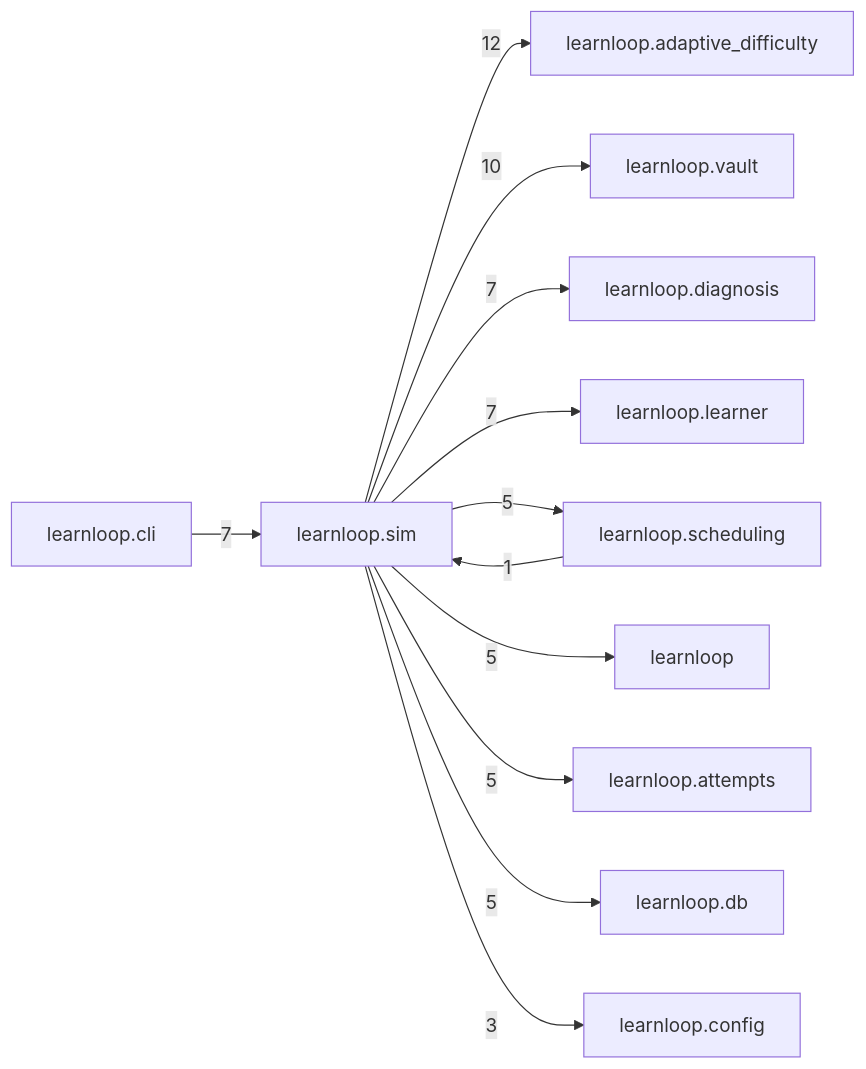
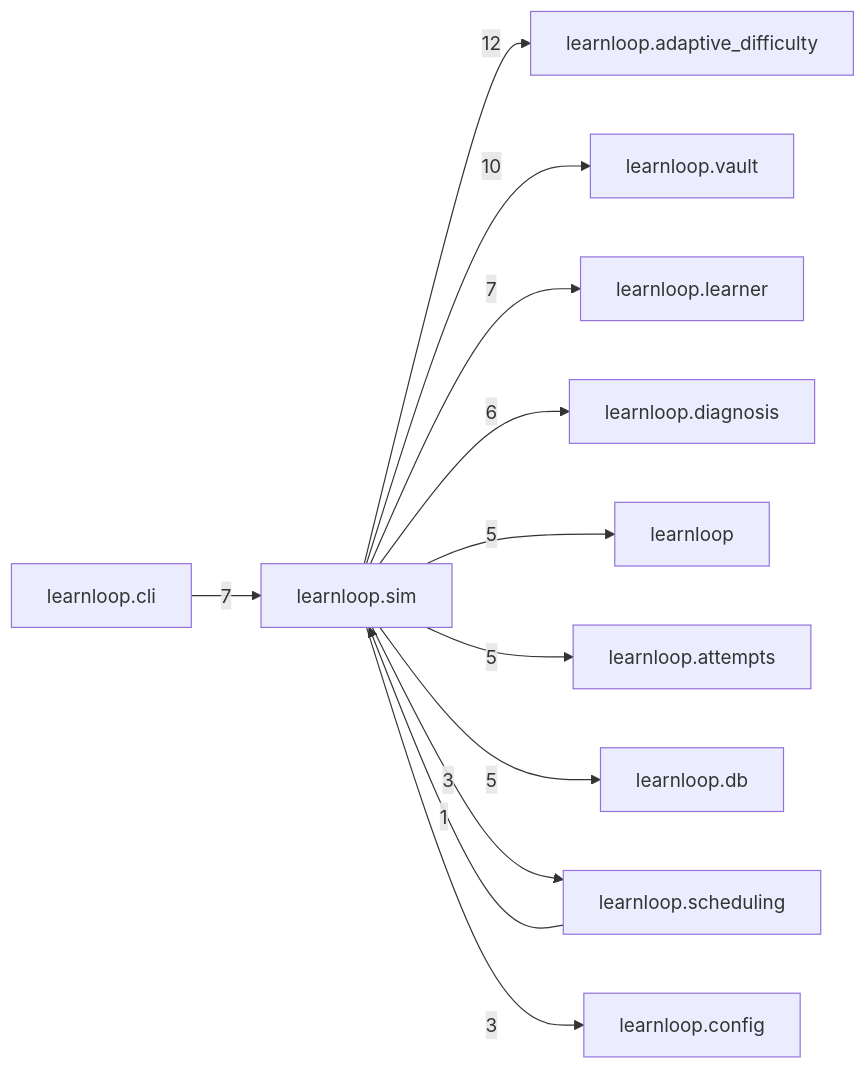
The diagram in docs/learnloop-architecture-vault/Reference/Modules/learnloop/sim/_package.md (6up-b/learnanything), drawn with Mermaid before and after one commit. The commit also changed other lines of this file and 181 other files, not shown here.

````diff
--- a/docs/learnloop-architecture-vault/Reference/Modules/learnloop/sim/_package.md
+++ b/docs/learnloop-architecture-vault/Reference/Modules/learnloop/sim/_package.md
@@ -99,25 +97,25 @@
 ```mermaid
 flowchart LR
     center["learnloop.sim"]
     n_learnloop_adaptive_difficulty["learnloop.adaptive_difficulty"]
     n_learnloop_vault["learnloop.vault"]
     n_learnloop_cli["learnloop.cli"]
+    n_learnloop_learner["learnloop.learner"]
     n_learnloop_diagnosis["learnloop.diagnosis"]
-    n_learnloop_learner["learnloop.learner"]
-    n_learnloop_scheduling["learnloop.scheduling"]
     n_learnloop["learnloop"]
     n_learnloop_attempts["learnloop.attempts"]
     n_learnloop_db["learnloop.db"]
+    n_learnloop_scheduling["learnloop.scheduling"]
     n_learnloop_config["learnloop.config"]
     center -->|12| n_learnloop_adaptive_difficulty
     center -->|10| n_learnloop_vault
     n_learnloop_cli -->|7| center
-    center -->|7| n_learnloop_diagnosis
     center -->|7| n_learnloop_learner
-    n_learnloop_scheduling -->|1| center
-    center -->|5| n_learnloop_scheduling
+    center -->|6| n_learnloop_diagnosis
     center -->|5| n_learnloop
     center -->|5| n_learnloop_attempts
     center -->|5| n_learnloop_db
+    n_learnloop_scheduling -->|1| center
+    center -->|3| n_learnloop_scheduling
     center -->|3| n_learnloop_config
 ```
````
